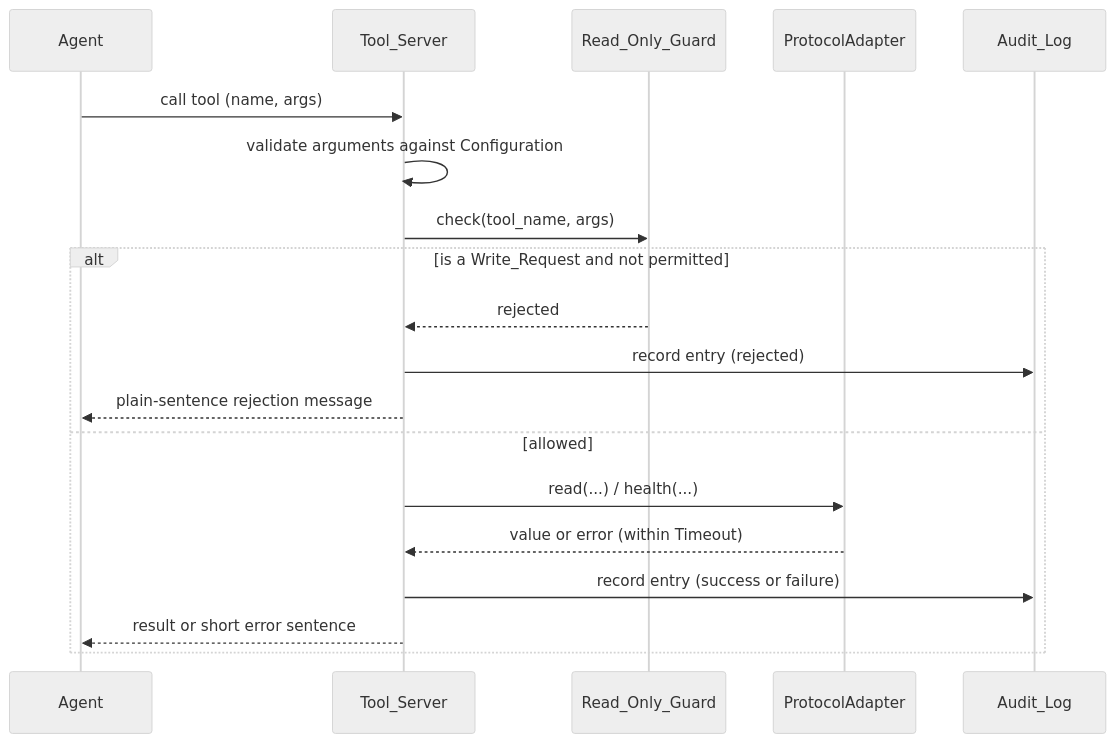
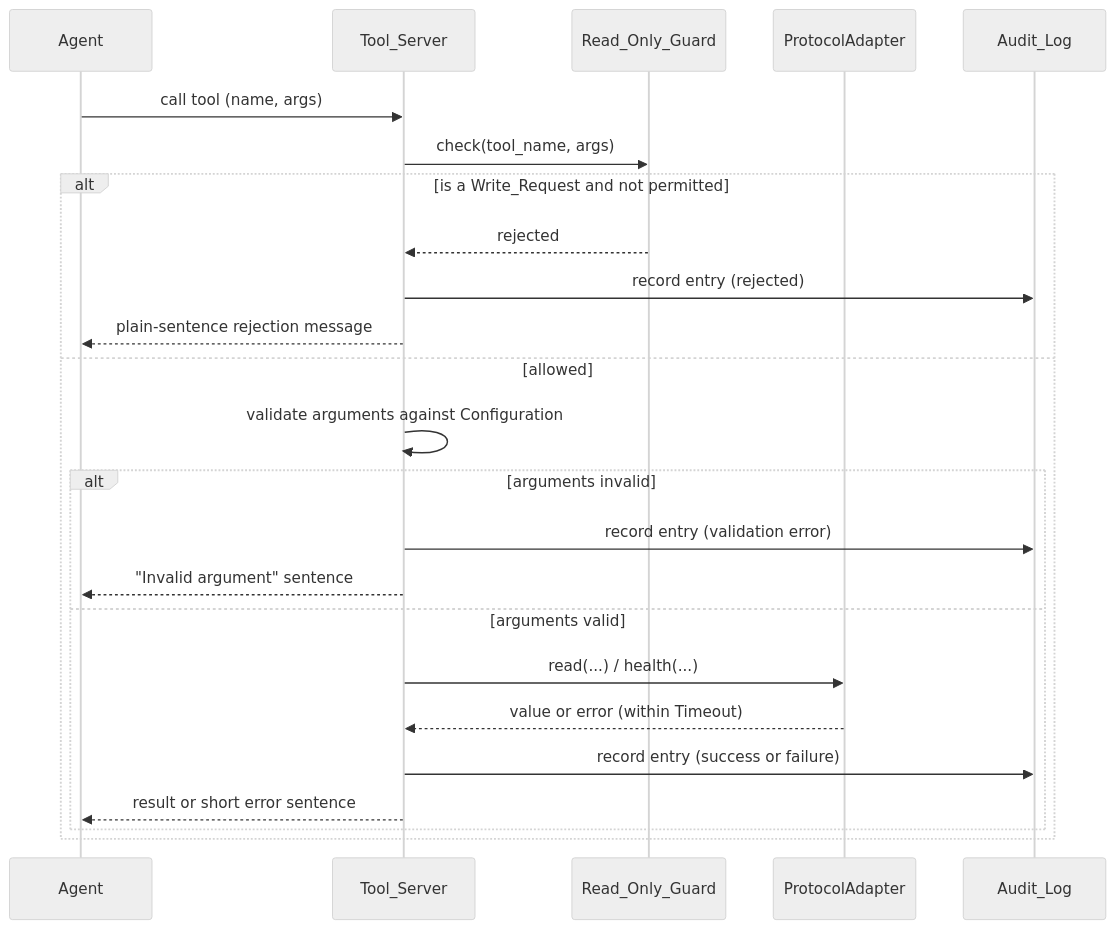
Before and after one commit to minsmseo/seance: the second of 2 diagrams in .kiro/specs/skeleton-core/design.md, drawn with Mermaid (neutral theme). The commit also changed other lines of this file, not shown here.

Commit message:
Update design: guard runs before argument validation

````diff
--- a/.kiro/specs/skeleton-core/design.md
+++ b/.kiro/specs/skeleton-core/design.md
@@ -33,22 +33,27 @@
 ```mermaid
 sequenceDiagram
     participant A as Agent
     participant TS as Tool_Server
     participant G as Read_Only_Guard
     participant AD as ProtocolAdapter
     participant AL as Audit_Log
 
     A->>TS: call tool (name, args)
-    TS->>TS: validate arguments against Configuration
     TS->>G: check(tool_name, args)
     alt is a Write_Request and not permitted
         G-->>TS: rejected
         TS->>AL: record entry (rejected)
         TS-->>A: plain-sentence rejection message
     else allowed
-        TS->>AD: read(...) / health(...)
-        AD-->>TS: value or error (within Timeout)
-        TS->>AL: record entry (success or failure)
-        TS-->>A: result or short error sentence
+        TS->>TS: validate arguments against Configuration
+        alt arguments invalid
+            TS->>AL: record entry (validation error)
+            TS-->>A: "Invalid argument" sentence
+        else arguments valid
+            TS->>AD: read(...) / health(...)
+            AD-->>TS: value or error (within Timeout)
+            TS->>AL: record entry (success or failure)
+            TS-->>A: result or short error sentence
+        end
     end
 ```
````
